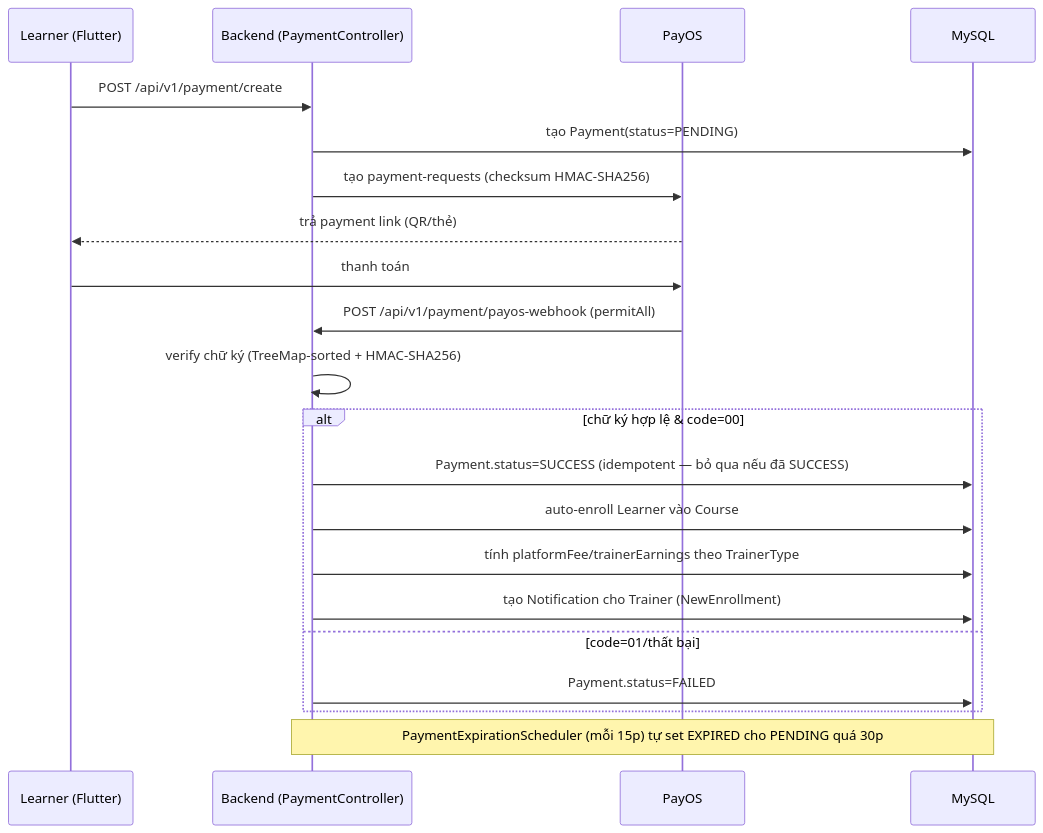
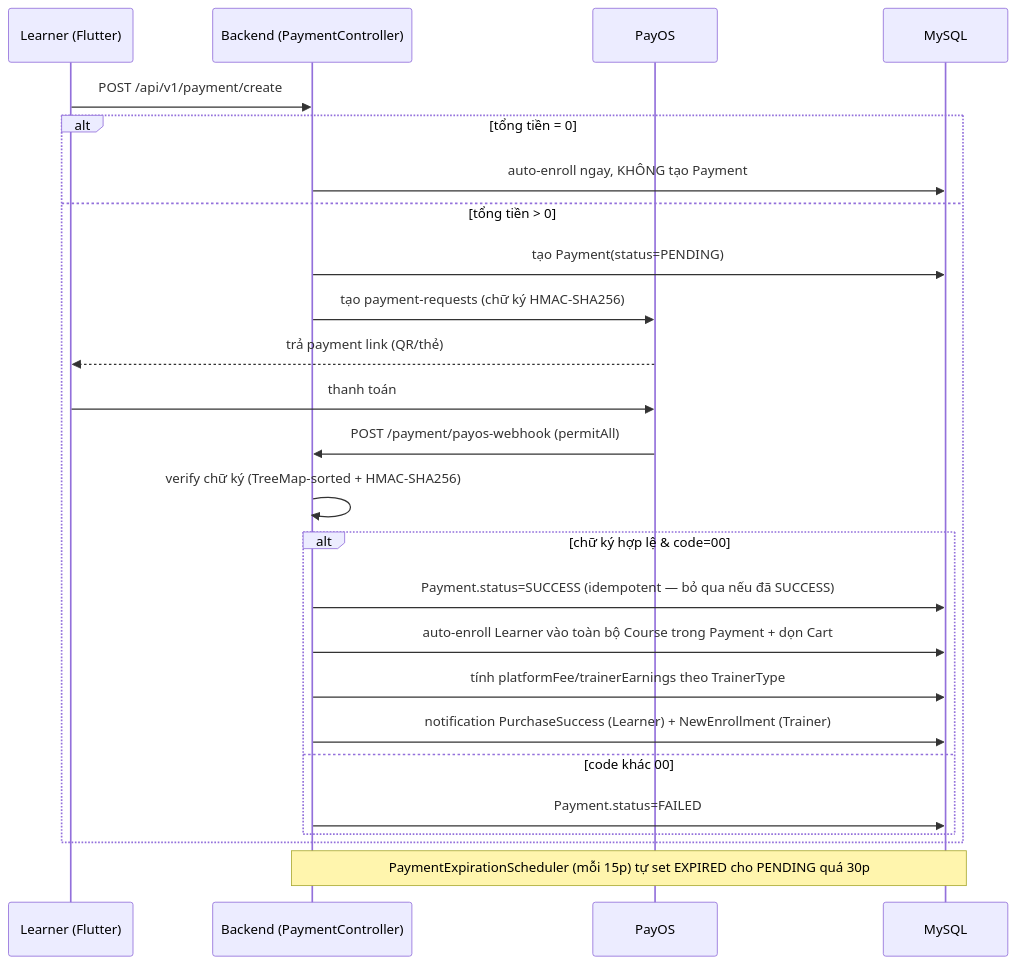
One commit to thanhthaoqn/HanGo changed the second of 5 diagrams in doc/HanGo_Documentation.md. Above: the diagram before and after it, drawn with Mermaid. The commit also changed other lines of this file and 124 other files, not shown here.

First line of the commit message:
docs: sync all documentation with current code and 19-module feature map

````diff
--- a/doc/HanGo_Documentation.md
+++ b/doc/HanGo_Documentation.md
@@ -888,24 +1113,28 @@
 ```mermaid
 sequenceDiagram
     participant L as Learner (Flutter)
     participant BE as Backend (PaymentController)
     participant PayOS
     participant DB as MySQL
 
     L->>BE: POST /api/v1/payment/create
-    BE->>DB: tạo Payment(status=PENDING)
-    BE->>PayOS: tạo payment-requests (checksum HMAC-SHA256)
-    PayOS-->>L: trả payment link (QR/thẻ)
-    L->>PayOS: thanh toán
-    PayOS->>BE: POST /api/v1/payment/payos-webhook (permitAll)
-    BE->>BE: verify chữ ký (TreeMap-sorted + HMAC-SHA256)
-    alt chữ ký hợp lệ & code=00
-        BE->>DB: Payment.status=SUCCESS (idempotent — bỏ qua nếu đã SUCCESS)
-        BE->>DB: auto-enroll Learner vào Course
-        BE->>DB: tính platformFee/trainerEarnings theo TrainerType
-        BE->>DB: tạo Notification cho Trainer (NewEnrollment)
-    else code=01/thất bại
-        BE->>DB: Payment.status=FAILED
+    alt tổng tiền = 0
+        BE->>DB: auto-enroll ngay, KHÔNG tạo Payment
+    else tổng tiền > 0
+        BE->>DB: tạo Payment(status=PENDING)
+        BE->>PayOS: tạo payment-requests (chữ ký HMAC-SHA256)
+        PayOS-->>L: trả payment link (QR/thẻ)
+        L->>PayOS: thanh toán
+        PayOS->>BE: POST /payment/payos-webhook (permitAll)
+        BE->>BE: verify chữ ký (TreeMap-sorted + HMAC-SHA256)
+        alt chữ ký hợp lệ & code=00
+            BE->>DB: Payment.status=SUCCESS (idempotent — bỏ qua nếu đã SUCCESS)
+            BE->>DB: auto-enroll Learner vào toàn bộ Course trong Payment + dọn Cart
+            BE->>DB: tính platformFee/trainerEarnings theo TrainerType
+            BE->>DB: notification PurchaseSuccess (Learner) + NewEnrollment (Trainer)
+        else code khác 00
+            BE->>DB: Payment.status=FAILED
+        end
     end
     Note over BE,DB: PaymentExpirationScheduler (mỗi 15p) tự set EXPIRED cho PENDING quá 30p
 ```
````
